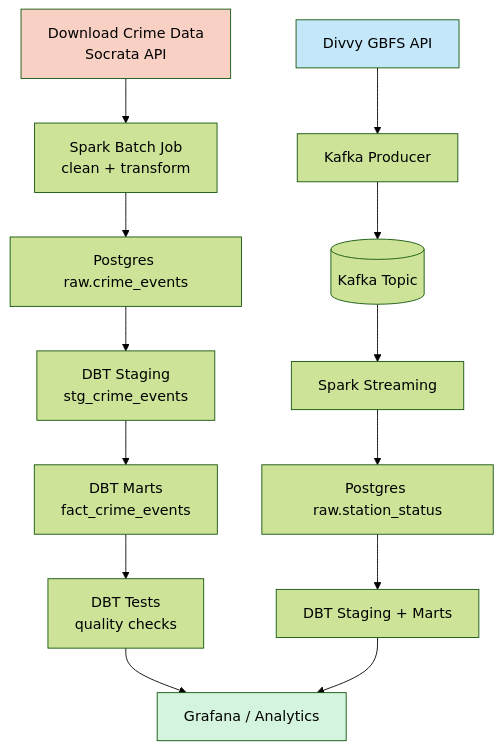
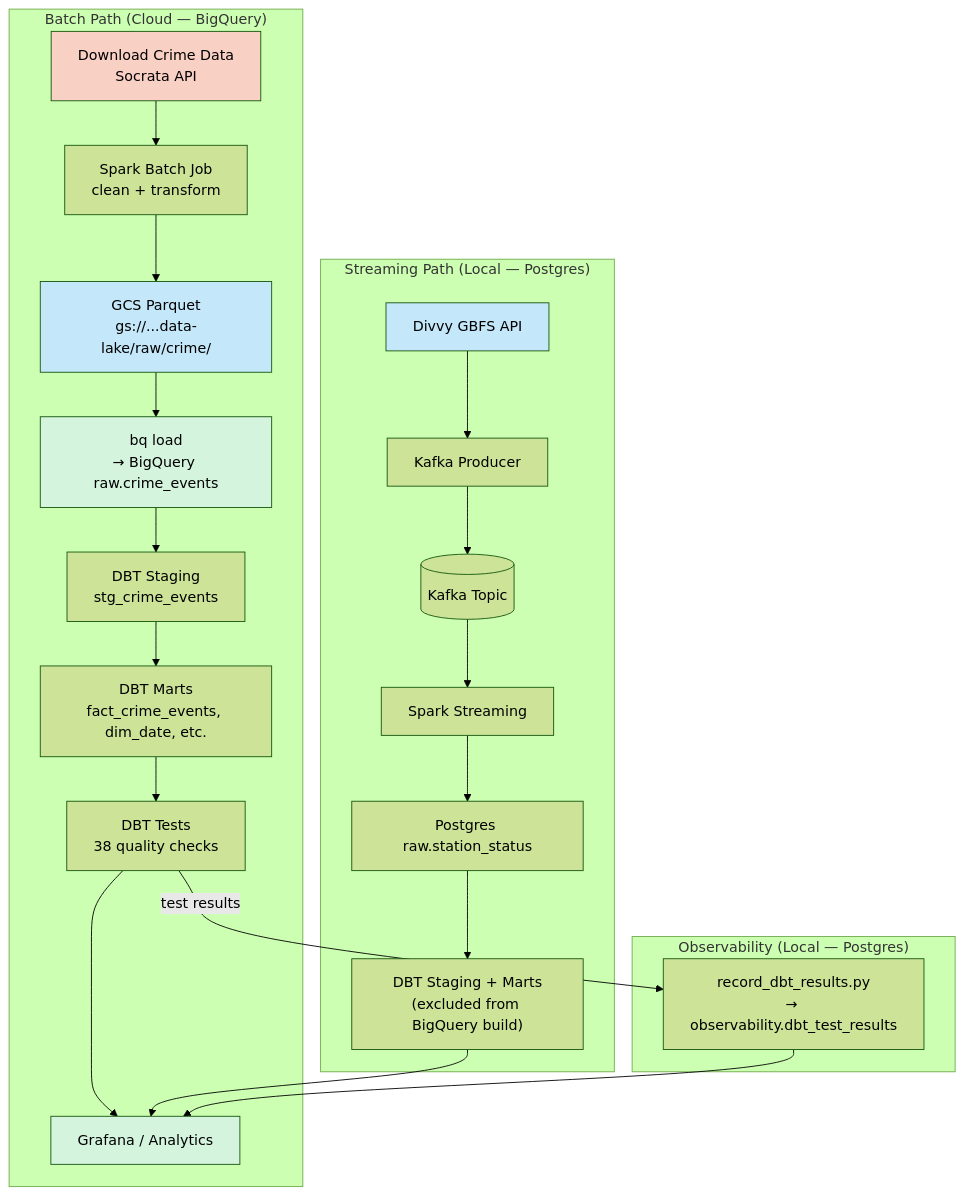
The second of 3 diagrams in README.md (SagarMarthandan/chicago-data-pipeline), drawn with Mermaid (forest theme) before and after one commit. The commit also changed other lines of this file and 25 other files, not shown here.

Commit message:
v25  Phase 4.3: Migrate batch pipeline from Postgres to GCS/BigQuery

````diff
--- a/README.md
+++ b/README.md
@@ -61,20 +83,32 @@
 ```mermaid
 flowchart TD
-    A["Download Crime Data<br/>Socrata API"] --> B["Spark Batch Job<br/>clean + transform"]
-    B --> C["Postgres raw.crime_events"]
-    C --> D["DBT Staging<br/>stg_crime_events"]
-    D --> E["DBT Marts<br/>fact_crime_events"]
-    E --> F["DBT Tests<br/>quality checks"]
-    F --> G["Grafana / Analytics"]
+    subgraph "Batch Path (Cloud — BigQuery)"
+        A["Download Crime Data<br/>Socrata API"] --> B["Spark Batch Job<br/>clean + transform"]
+        B --> GCS["GCS Parquet<br/>gs://...data-lake/raw/crime/"]
+        GCS --> BQ["bq load<br/>→ BigQuery raw.crime_events"]
+        BQ --> D["DBT Staging<br/>stg_crime_events"]
+        D --> E["DBT Marts<br/>fact_crime_events, dim_date, etc."]
+        E --> F["DBT Tests<br/>38 quality checks"]
+        F --> G["Grafana / Analytics"]
+    end
 
-    H["Divvy GBFS API"] --> I[Kafka Producer]
-    I --> J[(Kafka Topic)]
-    J --> K[Spark Streaming]
-    K --> L["Postgres raw.station_status"]
-    L --> M["DBT Staging + Marts"]
-    M --> G
+    subgraph "Streaming Path (Local — Postgres)"
+        H["Divvy GBFS API"] --> I[Kafka Producer]
+        I --> J[(Kafka Topic)]
+        J --> K[Spark Streaming]
+        K --> L["Postgres raw.station_status"]
+        L --> M["DBT Staging + Marts<br/>(excluded from BigQuery build)"]
+        M --> G
+    end
+
+    subgraph "Observability (Local — Postgres)"
+        F -->|test results| OBS["record_dbt_results.py<br/>→ observability.dbt_test_results"]
+        OBS --> G
+    end
 
     style A fill:#f9d0c4
     style H fill:#c4e8f9
+    style GCS fill:#c4e8f9
+    style BQ fill:#d4f4dd
     style G fill:#d4f4dd
 ```
````
